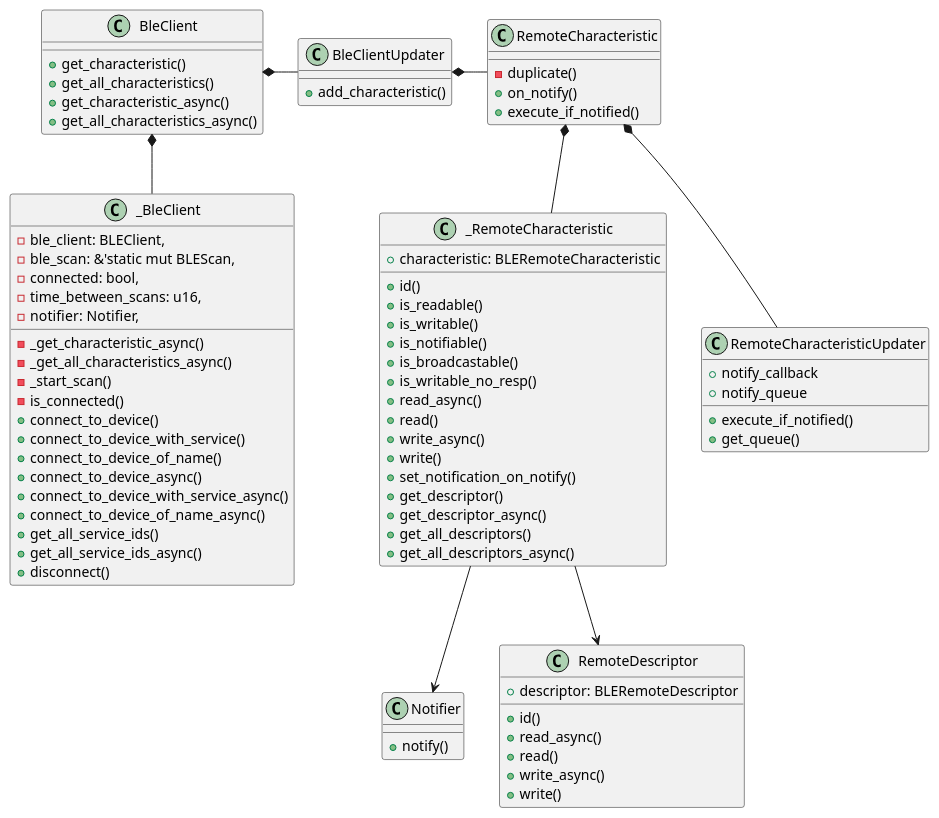
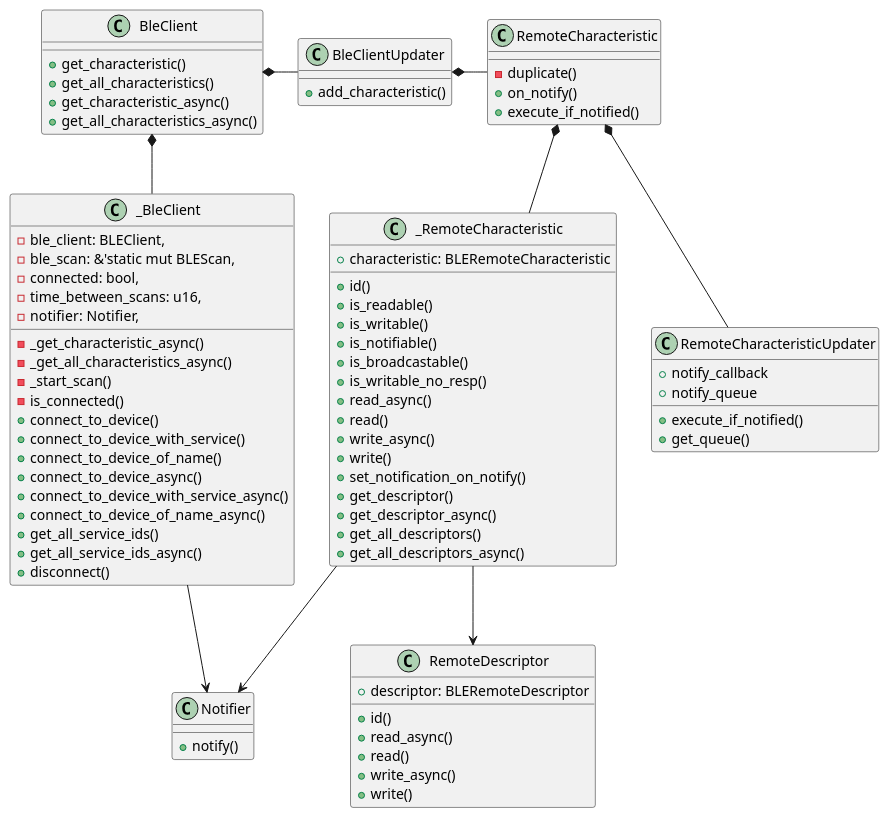
One commit to esp32framework/esp32framework changed the diagram in diagrams/ble_client.puml. Above: the diagram before and after it, drawn with PlantUML. The commit also changed 3 other files, not shown here.

```diff
--- a/diagrams/ble_client.puml
+++ b/diagrams/ble_client.puml
@@ -1,88 +1,88 @@
 @startuml Ble client
 
 class BleClient {
     + get_characteristic()
     + get_all_characteristics()
     + get_characteristic_async()
     + get_all_characteristics_async()
 }
 
 class _BleClient{
     - ble_client: BLEClient,
     - ble_scan: &'static mut BLEScan,
     - connected: bool,
     - time_between_scans: u16,
     - notifier: Notifier,
     - _get_characteristic_async()
     - _get_all_characteristics_async()
     - _start_scan()
     - is_connected()
     + connect_to_device()
     + connect_to_device_with_service()
     + connect_to_device_of_name()
     + connect_to_device_async()
     + connect_to_device_with_service_async()
     + connect_to_device_of_name_async()
     + get_all_service_ids()
     + get_all_service_ids_async()
     + disconnect()
 }
 
 class BleClientUpdater{
     + add_characteristic()
     
 }
 
 class RemoteCharacteristic{
     - duplicate()
     + on_notify()
     + execute_if_notified()
 }
 
 class _RemoteCharacteristic{
     + characteristic: BLERemoteCharacteristic
     + id()
     + is_readable()
     + is_writable()
     + is_notifiable()
     + is_broadcastable()
     + is_writable_no_resp()
     + read_async()
     + read()
     + write_async()
     + write()
     + set_notification_on_notify()
     + get_descriptor()
     + get_descriptor_async()
     + get_all_descriptors()
     + get_all_descriptors_async()
 }
 
 class Notifier{
     + notify()
 }
 class RemoteCharacteristicUpdater{
     + notify_callback
     + notify_queue
     + execute_if_notified()
     + get_queue()
 }
 
 class RemoteDescriptor{
     + descriptor: BLERemoteDescriptor
     + id()
     + read_async()
     + read()
     + write_async()
     + write()
 }
 
 BleClient *-- _BleClient 
 BleClient *- BleClientUpdater
 BleClientUpdater *- RemoteCharacteristic
 RemoteCharacteristic *-- RemoteCharacteristicUpdater
 RemoteCharacteristic *-- _RemoteCharacteristic
 _RemoteCharacteristic -down-> Notifier
 _RemoteCharacteristic -down-> RemoteDescriptor
-
+_BleClient --> Notifier
 @enduml
```
